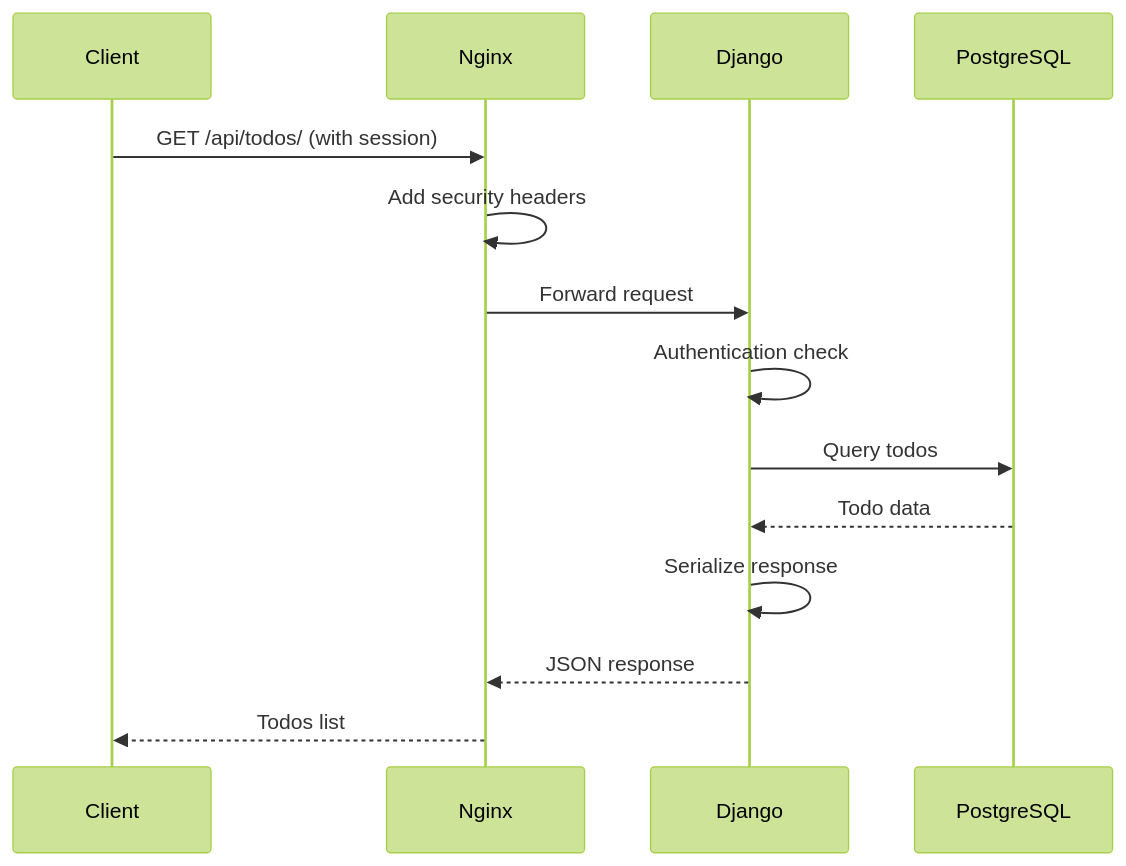
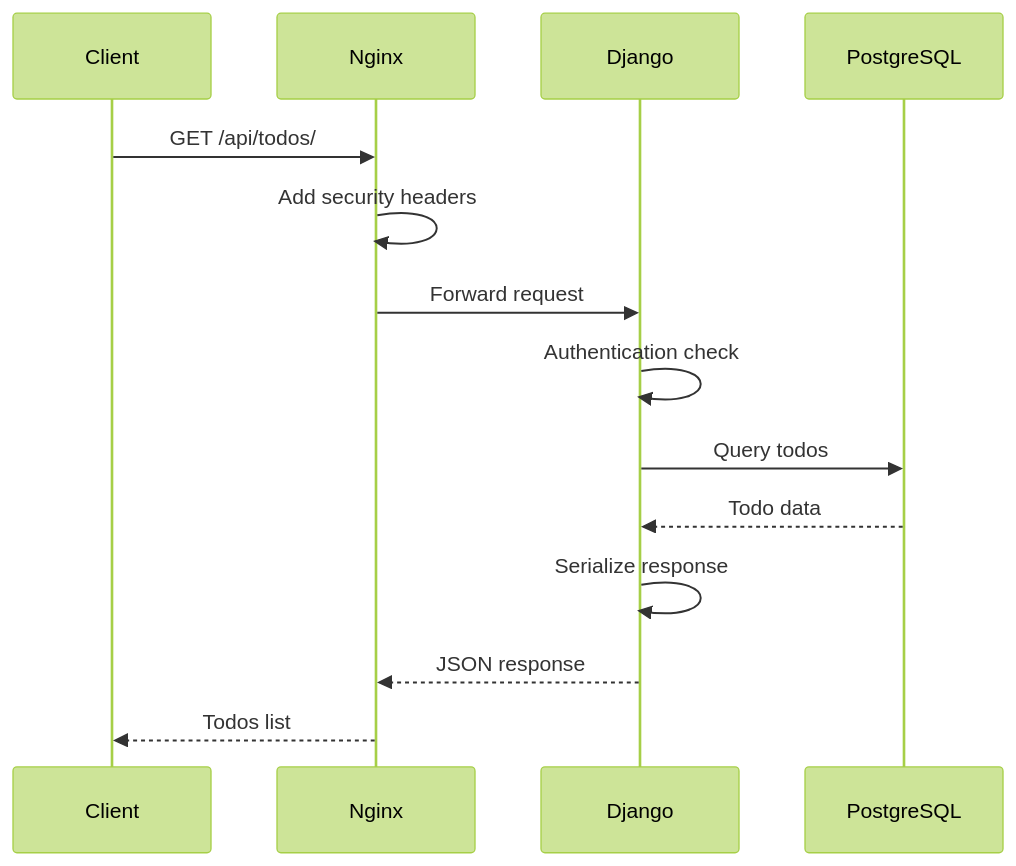
The third of 6 diagrams in ARCHITECTURE.md (iam4sec/devops_todo_app), drawn with Mermaid (forest theme) before and after one commit. The commit also changed other lines of this file, not shown here.

Commit message:
Refactor architecture documentation for clarity; simplify component labels and enhance security layer descriptions.

````diff
--- a/ARCHITECTURE.md
+++ b/ARCHITECTURE.md
@@ -171,17 +171,17 @@
 ```mermaid
 sequenceDiagram
     participant C as Client
     participant N as Nginx
     participant D as Django
     participant P as PostgreSQL
     
-    C->>N: GET /api/todos/ (with session)
+    C->>N: GET /api/todos/
     N->>N: Add security headers
     N->>D: Forward request
     D->>D: Authentication check
     D->>P: Query todos
     P-->>D: Todo data
     D->>D: Serialize response
     D-->>N: JSON response
     N-->>C: Todos list
 ```
````
